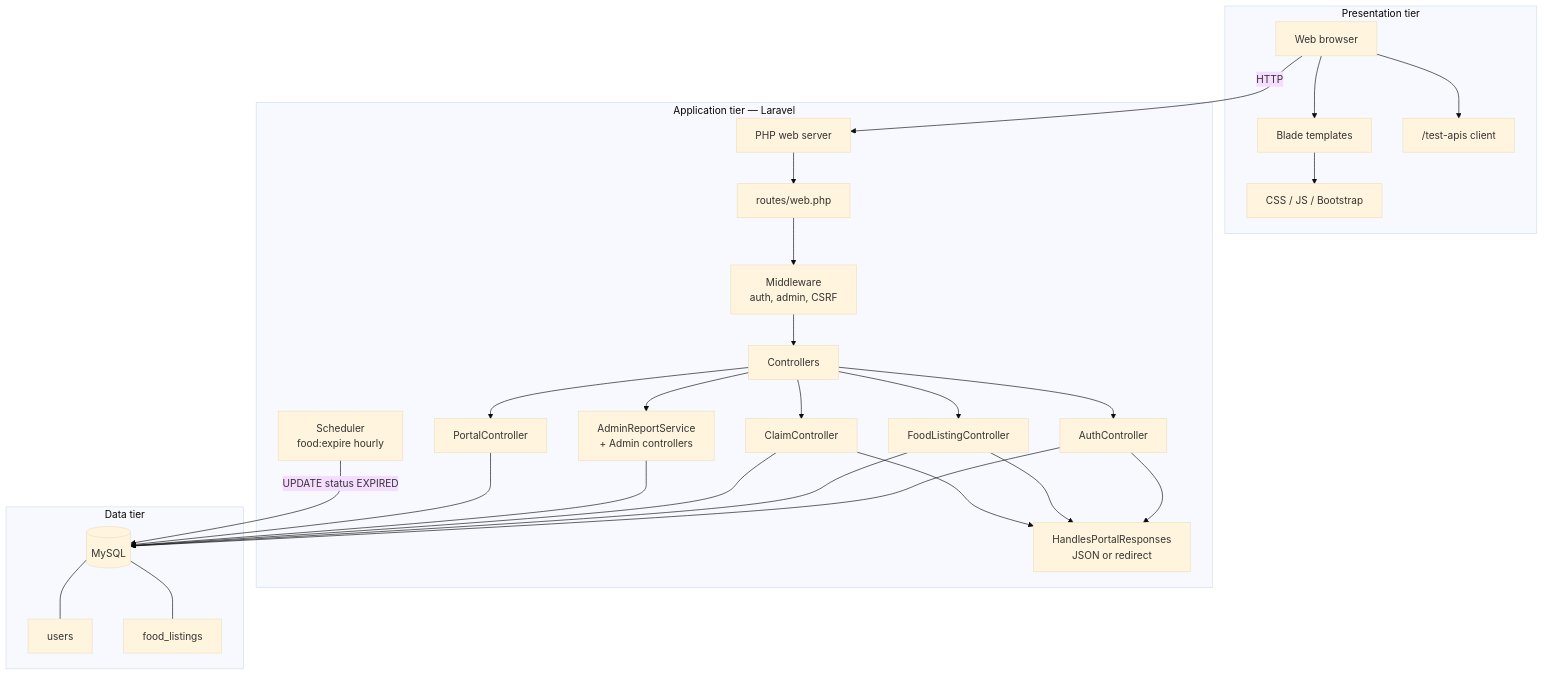
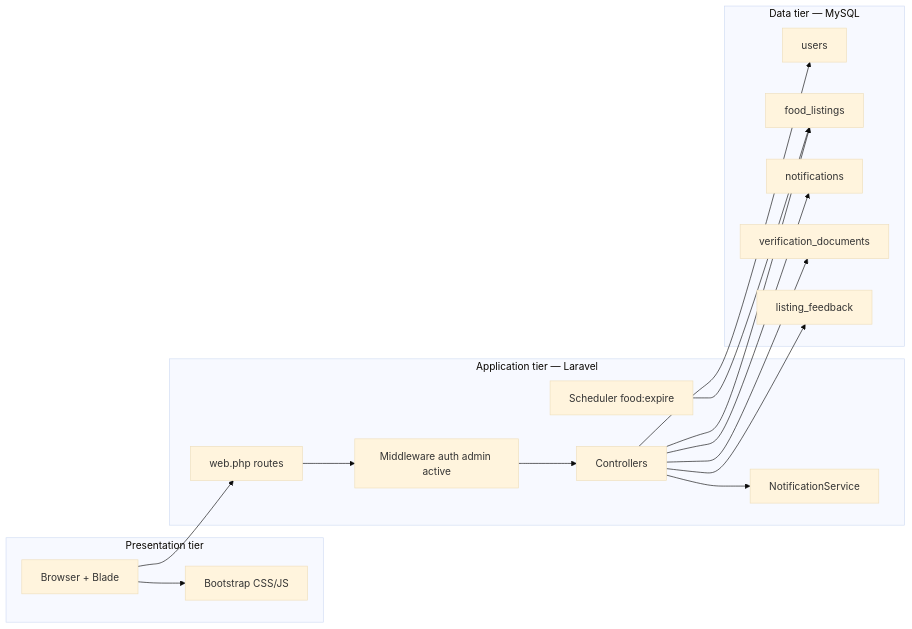
One commit to Shaheerazam111/Community-Food-Wastage-Reduction-Portal-v2 changed the diagram in Documentation/images/v2/source/03-system-architecture.mmd. Above: the diagram before and after it, drawn with Mermaid (base theme). The commit also changed 138 other files, not shown here.

```diff
--- a/Documentation/images/v2/source/03-system-architecture.mmd
+++ b/Documentation/images/v2/source/03-system-architecture.mmd
@@ -1,49 +1,31 @@
-flowchart TB
+flowchart LR
     subgraph Client["Presentation tier"]
-        Browser["Web browser"]
-        Blade["Blade templates"]
-        Assets["CSS / JS / Bootstrap"]
-        Tester["/test-apis client"]
+        Browser["Browser + Blade"]
+        BS["Bootstrap CSS/JS"]
     end
 
     subgraph App["Application tier — Laravel"]
-        WebServer["PHP web server"]
-        Routes["routes/web.php"]
-        MW["Middleware\nauth, admin, CSRF"]
+        Routes["web.php routes"]
+        MW["Middleware auth admin active"]
         Ctrl["Controllers"]
-        AuthC["AuthController"]
-        FoodC["FoodListingController"]
-        ClaimC["ClaimController"]
-        AdminC["AdminReportService\n+ Admin controllers"]
-        PortalC["PortalController"]
-        Dual["HandlesPortalResponses\nJSON or redirect"]
-        Sched["Scheduler\nfood:expire hourly"]
+        NS["NotificationService"]
+        Sched["Scheduler food:expire"]
     end
 
-    subgraph Data["Data tier"]
-        DB[("MySQL")]
-        TUsers["users"]
-        TList["food_listings"]
+    subgraph Data["Data tier — MySQL"]
+        T1["users"]
+        T2["food_listings"]
+        T3["notifications"]
+        T4["verification_documents"]
+        T5["listing_feedback"]
     end
 
-    Browser --> Blade
-    Browser --> Tester
-    Blade --> Assets
-    Browser -->|"HTTP"| WebServer
-    WebServer --> Routes --> MW --> Ctrl
-    Ctrl --> AuthC
-    Ctrl --> FoodC
-    Ctrl --> ClaimC
-    Ctrl --> AdminC
-    Ctrl --> PortalC
-    AuthC --> Dual
-    FoodC --> Dual
-    ClaimC --> Dual
-    AuthC --> DB
-    FoodC --> DB
-    ClaimC --> DB
-    AdminC --> DB
-    PortalC --> DB
-    DB --- TUsers
-    DB --- TList
-    Sched -->|"UPDATE status EXPIRED"| DB
+    Browser --> Routes --> MW --> Ctrl
+    Ctrl --> NS
+    Ctrl --> T1
+    Ctrl --> T2
+    Ctrl --> T3
+    Ctrl --> T4
+    Ctrl --> T5
+    Sched --> T2
+    Browser --> BS
```
